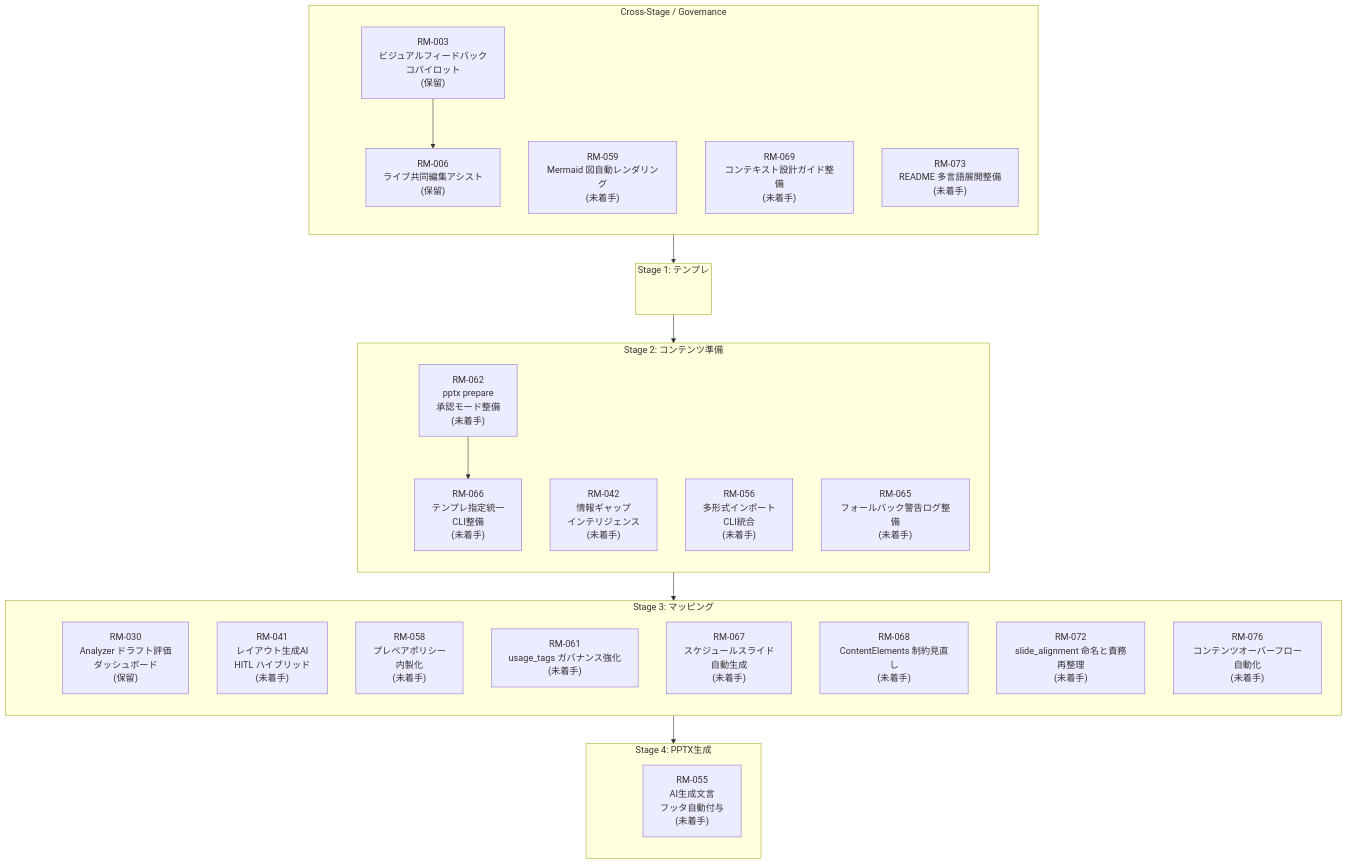
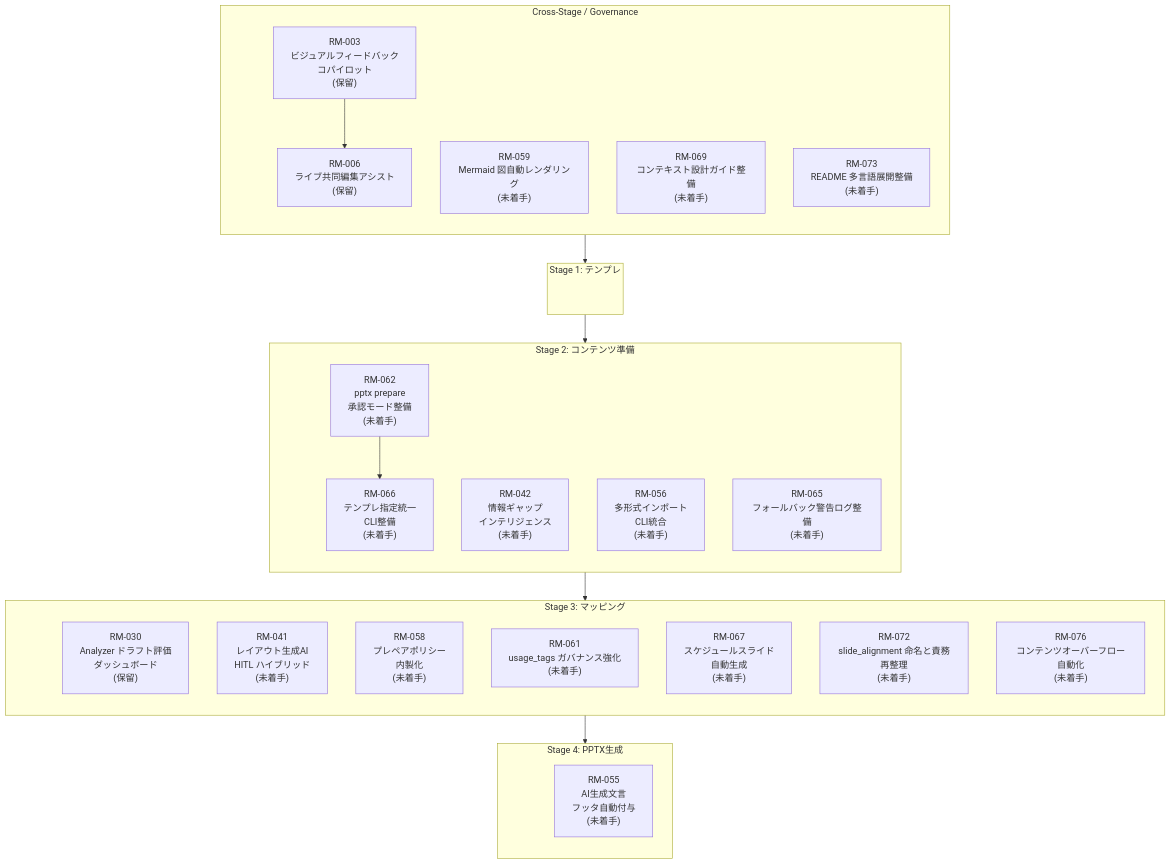
The diagram in docs/roadmap/roadmap.md (yurake/pptx_generator), drawn with Mermaid before and after one commit. The commit also changed other lines of this file and 1 other file, not shown here.

````diff
--- a/docs/roadmap/roadmap.md
+++ b/docs/roadmap/roadmap.md
@@ -25,57 +25,56 @@
 ```mermaid
 flowchart TB
     subgraph GOV["Cross-Stage / Governance"]
         direction TB
         GOV_ANCHOR(( ))
         RM003["RM-003<br/>ビジュアルフィードバック<br/>コパイロット<br/>(保留)"]
         RM006["RM-006<br/>ライブ共同編集アシスト<br/>(保留)"]
         RM059["RM-059<br/>Mermaid 図自動レンダリング<br/>(未着手)"]
         RM069["RM-069<br/>コンテキスト設計ガイド整備<br/>(未着手)"]
         RM073["RM-073<br/>README 多言語展開整備<br/>(未着手)"]
     end
 
     subgraph ST1["Stage 1: テンプレ"]
         direction TB
         ST1_ANCHOR(( ))
     end
 
     subgraph ST2["Stage 2: コンテンツ準備"]
         direction TB
         ST2_ANCHOR(( ))
         RM042["RM-042<br/>情報ギャップ<br/>インテリジェンス<br/>(未着手)"]
         RM056["RM-056<br/>多形式インポート<br/>CLI統合<br/>(未着手)"]
         RM062["RM-062<br/>pptx prepare<br/>承認モード整備<br/>(未着手)"]
         RM065["RM-065<br/>フォールバック警告ログ整備<br/>(未着手)"]
         RM066["RM-066<br/>テンプレ指定統一<br/>CLI整備<br/>(未着手)"]
     end
 
     subgraph ST3["Stage 3: マッピング"]
         direction TB
         ST3_ANCHOR(( ))
         RM030["RM-030<br/>Analyzer ドラフト評価<br/>ダッシュボード<br/>(保留)"]
         RM041["RM-041<br/>レイアウト生成AI<br/>HITL ハイブリッド<br/>(未着手)"]
         RM058["RM-058<br/>プレペアポリシー<br/>内製化<br/>(未着手)"]
         RM061["RM-061<br/>usage_tags ガバナンス強化<br/>(未着手)"]
         RM067["RM-067<br/>スケジュールスライド<br/>自動生成<br/>(未着手)"]
-        RM068["RM-068<br/>ContentElements 制約見直し<br/>(未着手)"]
         RM072["RM-072<br/>slide_alignment 命名と責務再整理<br/>(未着手)"]
         RM076["RM-076<br/>コンテンツオーバーフロー自動化<br/>(未着手)"]
     end
 
     subgraph ST4["Stage 4: PPTX生成"]
         direction TB
         ST4_ANCHOR(( ))
         RM055["RM-055<br/>AI生成文言<br/>フッタ自動付与<br/>(未着手)"]
     end
 
     style GOV_ANCHOR fill:transparent,stroke:transparent
     style ST1_ANCHOR fill:transparent,stroke:transparent
     style ST2_ANCHOR fill:transparent,stroke:transparent
     style ST3_ANCHOR fill:transparent,stroke:transparent
     style ST4_ANCHOR fill:transparent,stroke:transparent
 
     GOV_ANCHOR --> ST1_ANCHOR --> ST2_ANCHOR --> ST3_ANCHOR --> ST4_ANCHOR
 
     RM003 --> RM006
     RM062 --> RM066
 ```
````
